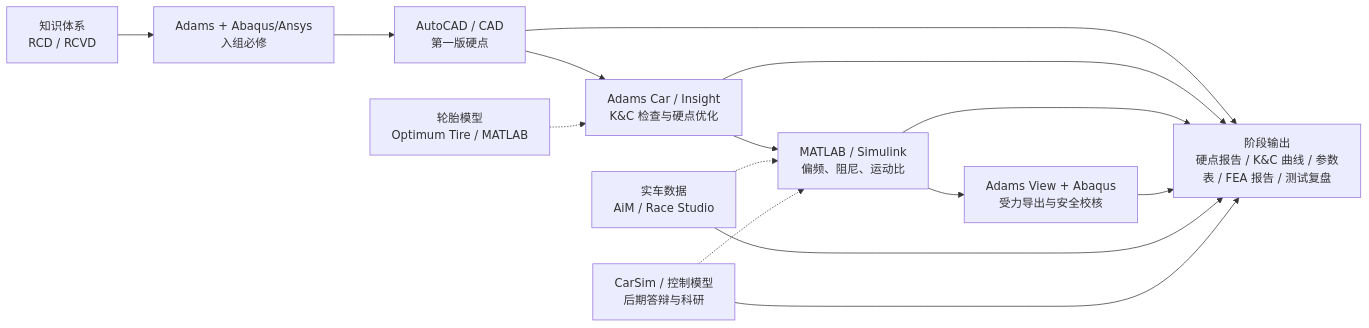
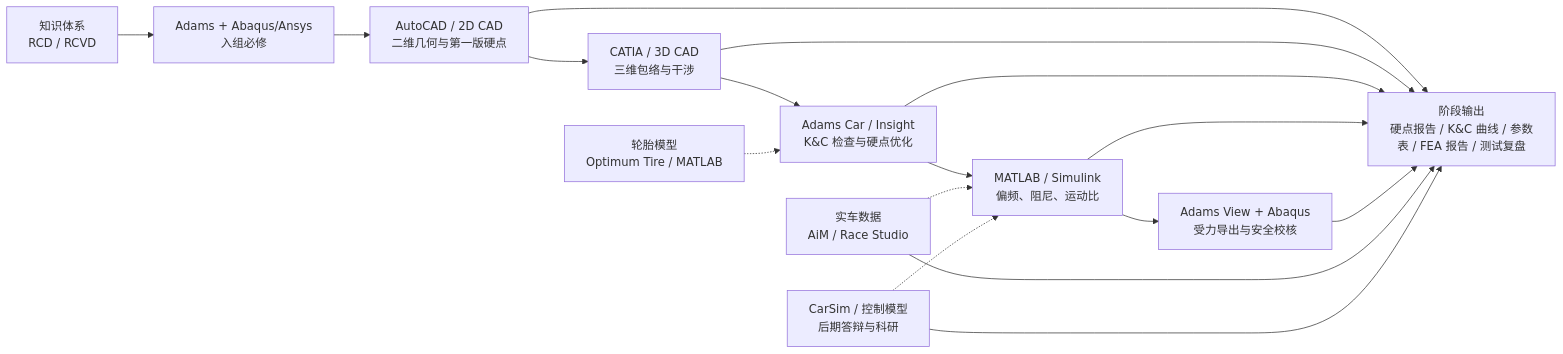
The diagram in docs/09-software-roadmap.md (onebulletkick/suspension_opensource), drawn with Mermaid before and after one commit. The commit also changed other lines of this file and 4 other files, not shown here.

````diff
--- a/docs/09-software-roadmap.md
+++ b/docs/09-software-roadmap.md
@@ -52,17 +70,19 @@
 ```mermaid
 flowchart LR
   K["知识体系<br>RCD / RCVD"] --> B["Adams + Abaqus/Ansys<br>入组必修"]
-  B --> CAD["AutoCAD / CAD<br>第一版硬点"]
-  CAD --> MBD["Adams Car / Insight<br>K&C 检查与硬点优化"]
+  B --> CAD["AutoCAD / 2D CAD<br>二维几何与第一版硬点"]
+  CAD --> CATIA["CATIA / 3D CAD<br>三维包络与干涉"]
+  CATIA --> MBD["Adams Car / Insight<br>K&C 检查与硬点优化"]
   MBD --> DATA["MATLAB / Simulink<br>偏频、阻尼、运动比"]
   DATA --> LOAD["Adams View + Abaqus<br>受力导出与安全校核"]
   TIRE["轮胎模型<br>Optimum Tire / MATLAB"] -.-> MBD
   TEST["实车数据<br>AiM / Race Studio"] -.-> DATA
   CAR["CarSim / 控制模型<br>后期答辩与科研"] -.-> DATA
   CAD --> OUT["阶段输出<br>硬点报告 / K&C 曲线 / 参数表 / FEA 报告 / 测试复盘"]
+  CATIA --> OUT
   MBD --> OUT
   DATA --> OUT
   LOAD --> OUT
   TEST --> OUT
   CAR --> OUT
 ```
````
